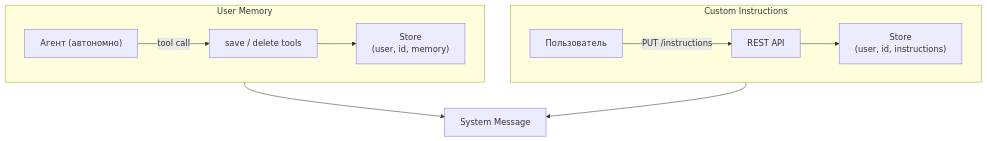
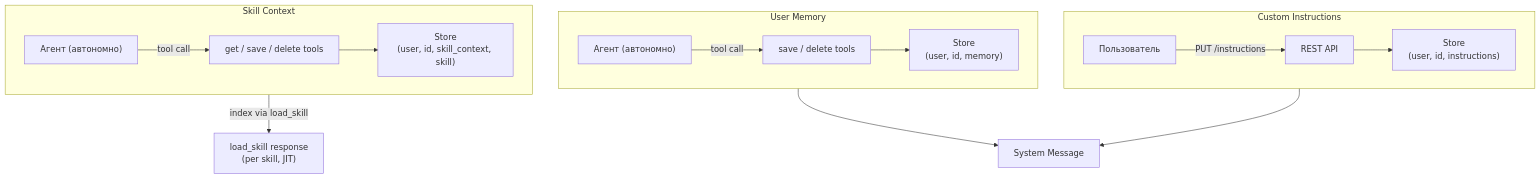
The diagram in doc/tech/user-memory.md (Bbar0n234/learnflow-ai), drawn with Mermaid before and after one commit. The commit also changed other lines of this file and 8 other files, not shown here.

First line of the commit message:
docs(tech): skill context в архитектурной документации

````diff
--- a/doc/tech/user-memory.md
+++ b/doc/tech/user-memory.md
@@ -9,25 +9,36 @@
 ```mermaid
 flowchart TD
     subgraph "Custom Instructions"
         direction LR
         USER["Пользователь"]
         API_I["REST API"]
         STORE_I["Store<br/>(user, id, instructions)"]
     end
 
     subgraph "User Memory"
         direction LR
         AGENT["Агент (автономно)"]
         TOOLS["save / delete tools"]
         STORE_M["Store<br/>(user, id, memory)"]
     end
 
+    subgraph "Skill Context"
+        direction LR
+        AGENT2["Агент (автономно)"]
+        TOOLS2["get / save / delete tools"]
+        STORE_SC["Store<br/>(user, id, skill_context, skill)"]
+    end
+
     USER -->|"PUT /instructions"| API_I
     API_I --> STORE_I
 
     AGENT -->|"tool call"| TOOLS
     TOOLS --> STORE_M
 
+    AGENT2 -->|"tool call"| TOOLS2
+    TOOLS2 --> STORE_SC
+
     STORE_I -->|"<custom_instructions>"| SM["System Message"]
     STORE_M -->|"<user_memory>"| SM
+    STORE_SC -->|"index via load_skill"| LS["load_skill response<br/>(per skill, JIT)"]
 ```
````
